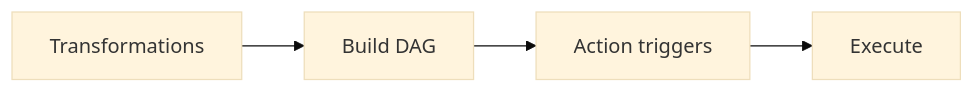
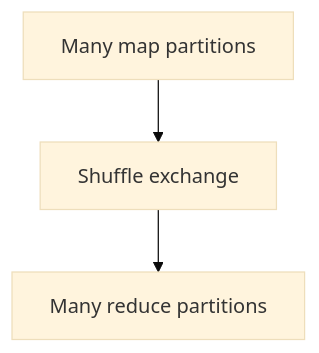
One commit to isouravsengupta/ai-data-engineer-handbook changed the third of 5 diagrams in book/04_data_engineering_systems/apache_spark.md. Above: the diagram before and after it, drawn with Mermaid (base theme). The commit also changed other lines of this file and 8 other files, not shown here.

````diff
--- a/book/04_data_engineering_systems/apache_spark.md
+++ b/book/04_data_engineering_systems/apache_spark.md
@@ -96,6 +65,5 @@
 ```mermaid
-flowchart LR
-    A[Transformations] --> B[Build DAG]
-    B --> C[Action triggers]
-    C --> D[Execute]
+flowchart TD
+    A[Many map partitions] --> B["Shuffle exchange"]
+    B --> C[Many reduce partitions]
 ```
````
